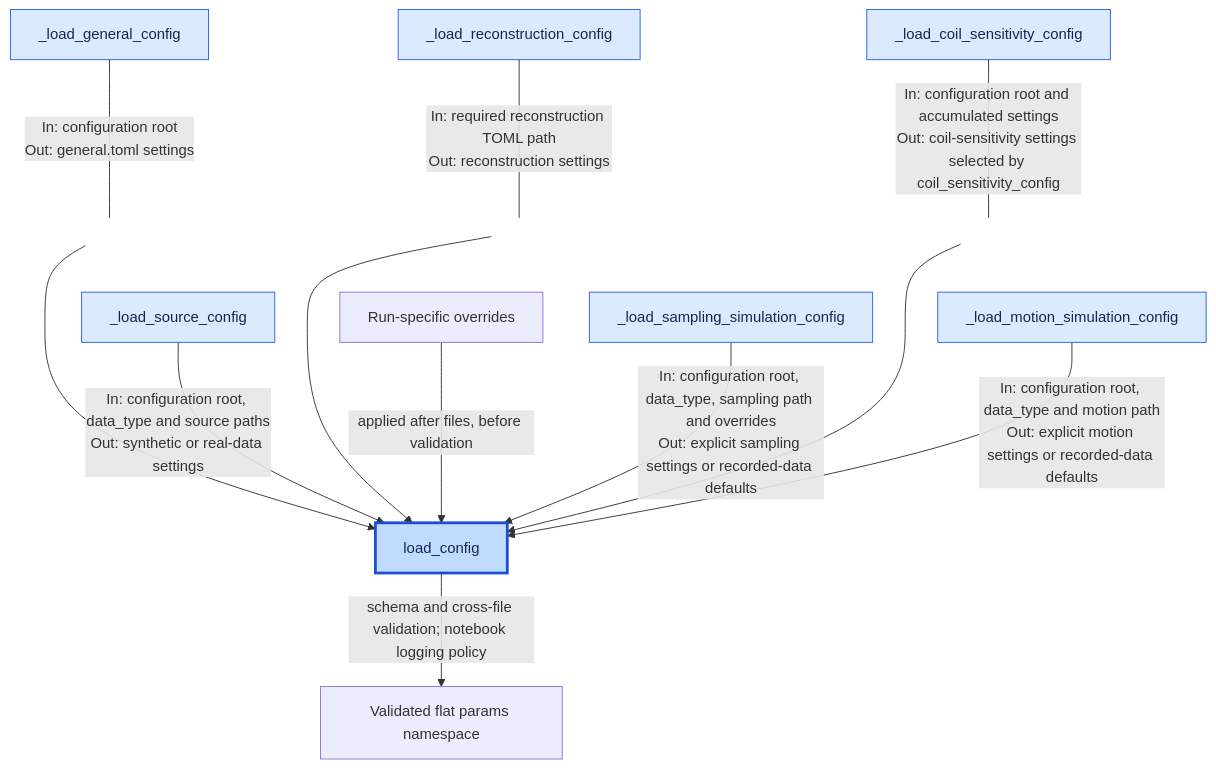
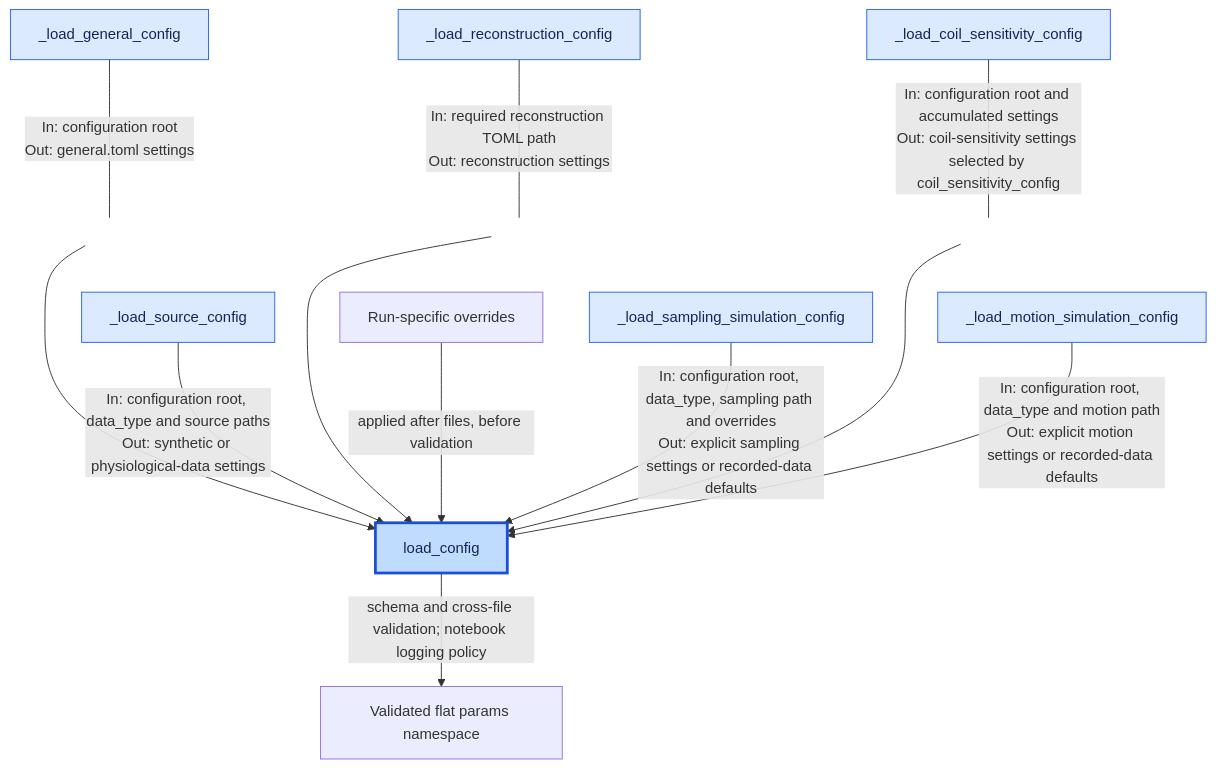
Before and after one commit to IADI-Nancy/GRICS-torch: the diagram in docs/architecture/configuration.md, drawn with Mermaid. The commit also changed 13 other files, not shown here.

````diff
--- a/docs/architecture/configuration.md
+++ b/docs/architecture/configuration.md
@@ -8,26 +8,26 @@
 ```mermaid
 flowchart TD
     General[_load_general_config] ---|"In: configuration root<br/>Out: general.toml settings"| GeneralGap[" "]
     GeneralGap --> Load[load_config]
     Reconstruction[_load_reconstruction_config] ---|"In: required reconstruction TOML path<br/>Out: reconstruction settings"| ReconstructionGap[" "]
     ReconstructionGap --> Load
     Coil[_load_coil_sensitivity_config] ---|"In: configuration root and accumulated settings<br/>Out: coil-sensitivity settings selected by coil_sensitivity_config"| CoilGap[" "]
     CoilGap --> Load
-    Source[_load_source_config] -->|"In: configuration root, data_type and source paths<br/>Out: synthetic or real-data settings"| Load
+    Source[_load_source_config] -->|"In: configuration root, data_type and source paths<br/>Out: synthetic or physiological-data settings"| Load
     Sampling[_load_sampling_simulation_config] -->|"In: configuration root, data_type, sampling path and overrides<br/>Out: explicit sampling settings or recorded-data defaults"| Load
     Motion[_load_motion_simulation_config] -->|"In: configuration root, data_type and motion path<br/>Out: explicit motion settings or recorded-data defaults"| Load
     Overrides[Run-specific overrides] -->|applied after files, before validation| Load
     Load -->|schema and cross-file validation; notebook logging policy| Params[Validated flat params namespace]
 
     %% Hidden route nodes keep selected labels on the upper edge segments.
     GeneralGap ~~~ Source
     ReconstructionGap ~~~ Sampling
     CoilGap ~~~ Motion
 
     classDef pythonClass fill:#dbeafe,stroke:#2563eb,color:#172554
     classDef coordinator fill:#bfdbfe,stroke:#1d4ed8,stroke-width:3px,color:#172554
     classDef layoutNode fill:transparent,stroke:transparent,color:transparent
     class General,Reconstruction,Coil,Source,Sampling,Motion pythonClass
     class Load coordinator
     class GeneralGap,ReconstructionGap,CoilGap layoutNode
 ```
````
